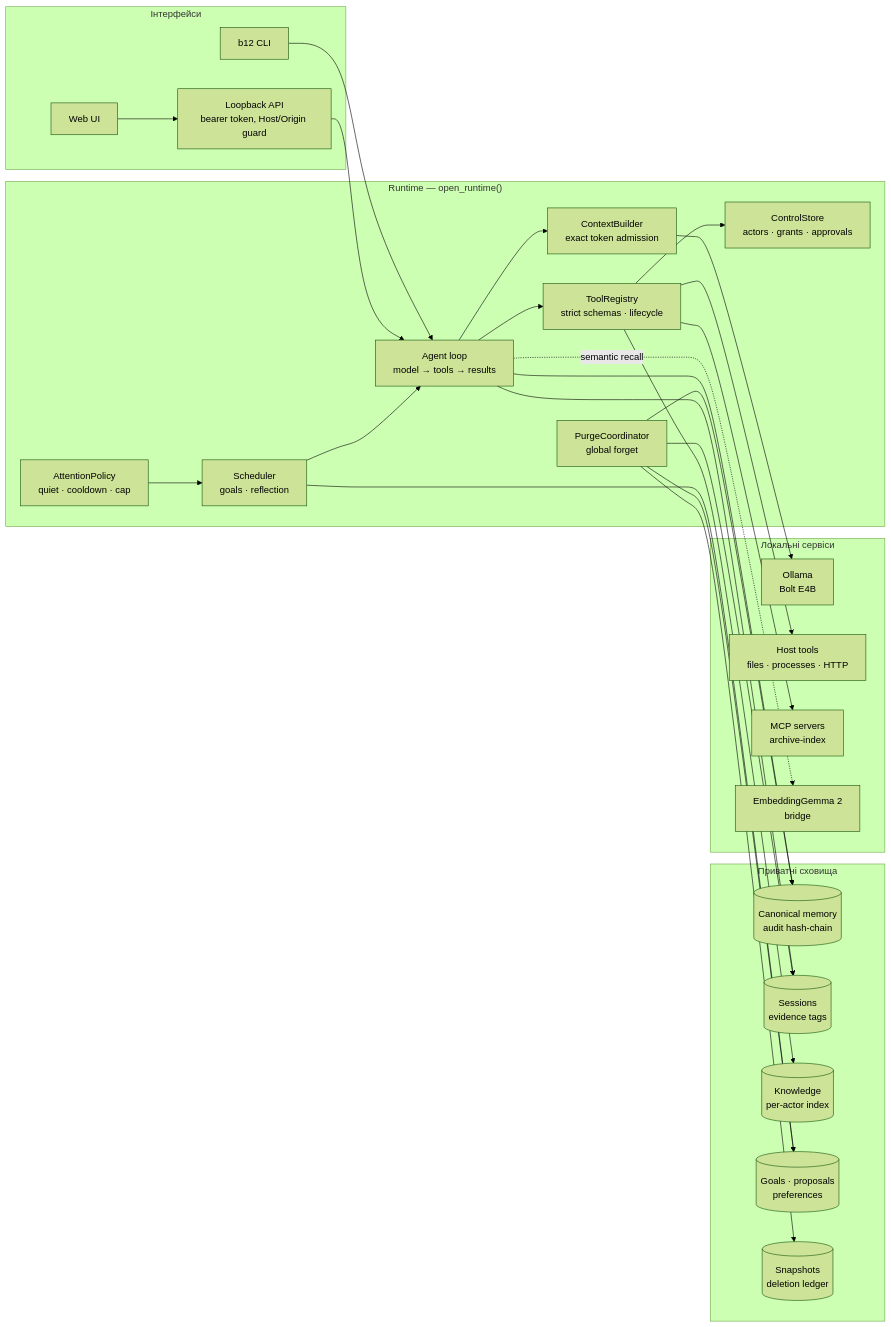
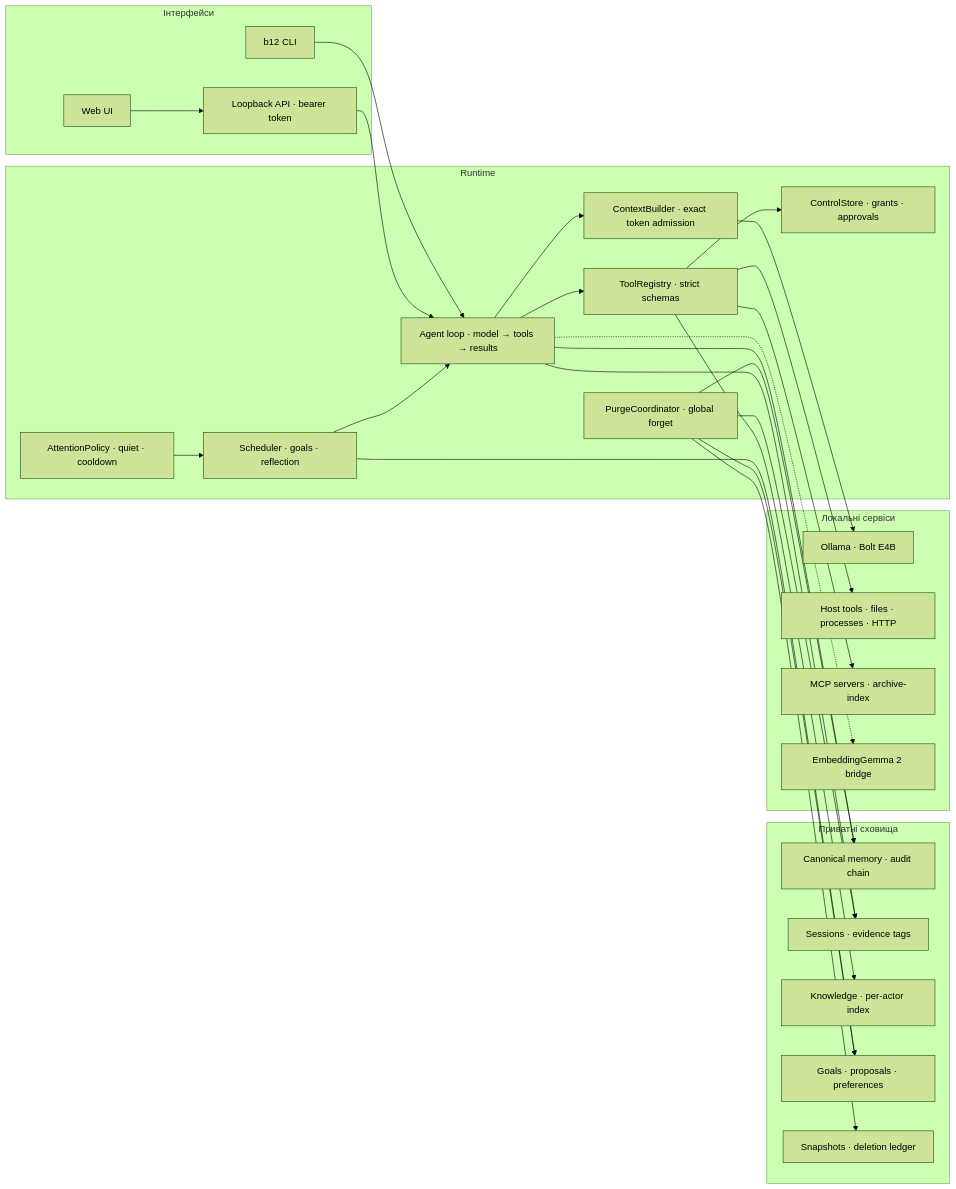
The first of 3 diagrams in README.md (cyberdid/B-12), drawn with Mermaid (forest theme) before and after one commit. The commit also changed other lines of this file, not shown here.

Commit message:
docs: simplify README flowcharts for GitHub's Mermaid renderer
GitHub showed 'Unable to render rich display' for both flowcharts although
mermaid 9.4-11.4 parse and render them locally; labels no longer use
<br/>, parentheses, cylinder shapes or & chains.

````diff
--- a/README.md
+++ b/README.md
@@ -15,48 +15,50 @@
 ```mermaid
 flowchart LR
-    subgraph UI["Інтерфейси"]
-        CLI["b12 CLI"]
-        WEB["Web UI"]
-        API["Loopback API<br/>bearer token, Host/Origin guard"]
+    subgraph UI [Інтерфейси]
+        CLI[b12 CLI]
+        WEB[Web UI]
+        API[Loopback API · bearer token]
     end
-
-    subgraph CORE["Runtime — open_runtime()"]
-        AGENT["Agent loop<br/>model → tools → results"]
-        CTX["ContextBuilder<br/>exact token admission"]
-        CONTROL["ControlStore<br/>actors · grants · approvals"]
-        REG["ToolRegistry<br/>strict schemas · lifecycle"]
-        SCHED["Scheduler<br/>goals · reflection"]
-        ATT["AttentionPolicy<br/>quiet · cooldown · cap"]
-        PURGE["PurgeCoordinator<br/>global forget"]
+    subgraph CORE [Runtime]
+        AGENT[Agent loop · model → tools → results]
+        CTX[ContextBuilder · exact token admission]
+        CONTROL[ControlStore · grants · approvals]
+        REG[ToolRegistry · strict schemas]
+        SCHED[Scheduler · goals · reflection]
+        ATT[AttentionPolicy · quiet · cooldown]
+        PURGE[PurgeCoordinator · global forget]
     end
-
-    subgraph DATA["Приватні сховища"]
-        MEM[("Canonical memory<br/>audit hash-chain")]
-        SES[("Sessions<br/>evidence tags")]
-        KNOW[("Knowledge<br/>per-actor index")]
-        GOALS[("Goals · proposals<br/>preferences")]
-        SNAP[("Snapshots<br/>deletion ledger")]
+    subgraph DATA [Приватні сховища]
+        MEM[Canonical memory · audit chain]
+        SES[Sessions · evidence tags]
+        KNOW[Knowledge · per-actor index]
+        GOALS[Goals · proposals · preferences]
+        SNAP[Snapshots · deletion ledger]
     end
-
-    subgraph EXT["Локальні сервіси"]
-        OLLAMA["Ollama<br/>Bolt E4B"]
-        HOST["Host tools<br/>files · processes · HTTP"]
-        MCP["MCP servers<br/>archive-index"]
-        EMB["EmbeddingGemma 2<br/>bridge"]
+    subgraph EXT [Локальні сервіси]
+        OLLAMA[Ollama · Bolt E4B]
+        HOST[Host tools · files · processes · HTTP]
+        MCP[MCP servers · archive-index]
+        EMB[EmbeddingGemma 2 bridge]
     end
-
     CLI --> AGENT
-    WEB --> API --> AGENT
+    WEB --> API
+    API --> AGENT
     SCHED --> AGENT
     ATT --> SCHED
-    AGENT --> CTX --> OLLAMA
-    AGENT --> REG --> CONTROL
+    AGENT --> CTX
+    CTX --> OLLAMA
+    AGENT --> REG
+    REG --> CONTROL
     REG --> HOST
     REG --> MCP
+    REG --> KNOW
     AGENT --> MEM
     AGENT --> SES
-    AGENT -. semantic recall .-> EMB
-    REG --> KNOW
+    AGENT -.-> EMB
     SCHED --> GOALS
-    PURGE --> MEM & SES & GOALS & SNAP
+    PURGE --> MEM
+    PURGE --> SES
+    PURGE --> GOALS
+    PURGE --> SNAP
 ```
````
